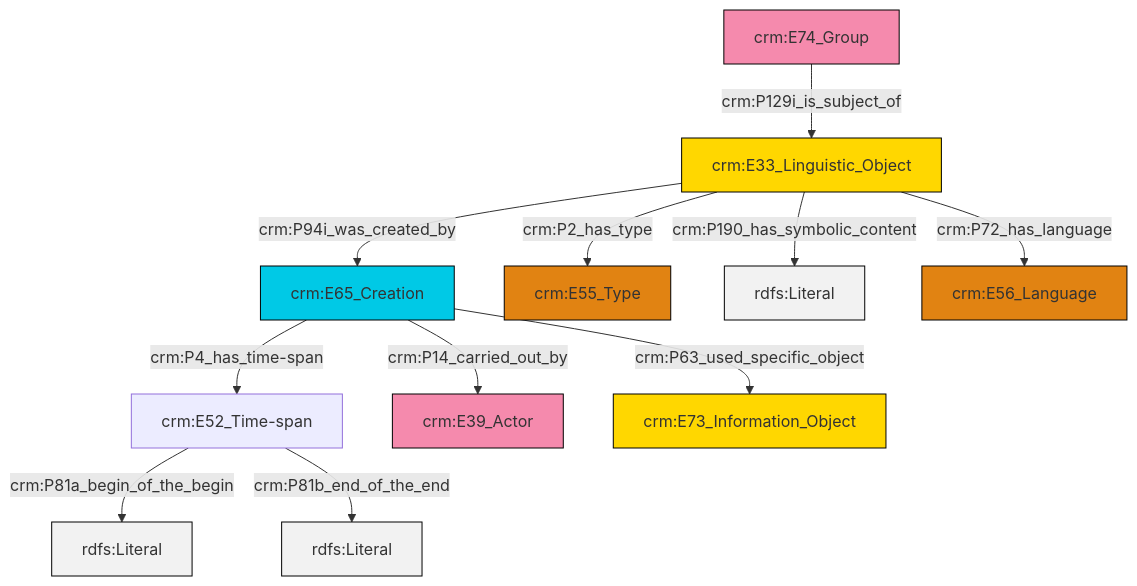
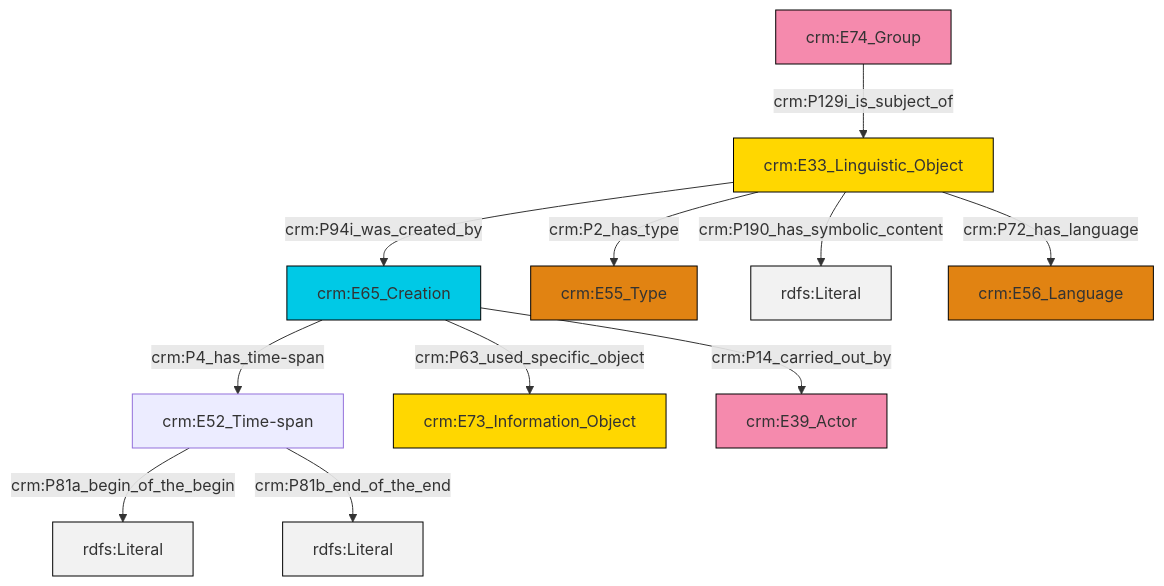
One commit to swiss-art-research-net/docs.swissartresearch changed the diagram in et/groupCSV/ttl/mmd/group_description.ttl.mmd. Above: the diagram before and after it, drawn with Mermaid. The commit also changed 176 other files, not shown here.

```diff
--- a/et/groupCSV/ttl/mmd/group_description.ttl.mmd
+++ b/et/groupCSV/ttl/mmd/group_description.ttl.mmd
@@ -1,25 +1,25 @@
 graph TD
 classDef Literal fill:#f2f2f2,stroke:#000000;
 classDef CRM_Entity fill:#FFFFFF,stroke:#000000;
 classDef Temporal_Entity fill:#00C9E6, stroke:#000000;
 classDef Type fill:#E18312, stroke:#000000;
 classDef Time-Span fill:#2C9C91, stroke:#000000;
 classDef Appellation fill:#FFEB7F, stroke:#000000;
 classDef Place fill:#008836, stroke:#000000;
 classDef Persistent_Item fill:#B266B2, stroke:#000000;
 classDef Conceptual_Object fill:#FFD700, stroke:#000000;
 classDef Physical_Thing fill:#D2B48C, stroke:#000000;
 classDef Actor fill:#f58aad, stroke:#000000;
 classDef PC_Classes fill:#4ce600, stroke:#000000;
 classDef Multi fill:#cccccc,stroke:#000000;
 
-0["crm:E33_Linguistic_Object"]:::Conceptual_Object -->|crm:P94i_was_created_by| 1["crm:E65_Creation"]:::Temporal_Entity
-1["crm:E65_Creation"]:::Temporal_Entity -->|crm:P4_has_time-span| 2["crm:E52_Time-span"]:::Default
-0["crm:E33_Linguistic_Object"]:::Conceptual_Object -->|crm:P2_has_type| 3["crm:E55_Type"]:::Type
-0["crm:E33_Linguistic_Object"]:::Conceptual_Object -->|crm:P190_has_symbolic_content| 6[rdfs:Literal]:::Literal
-9["crm:E74_Group"]:::Actor -->|crm:P129i_is_subject_of| 0["crm:E33_Linguistic_Object"]:::Conceptual_Object
-1["crm:E65_Creation"]:::Temporal_Entity -->|crm:P14_carried_out_by| 4["crm:E39_Actor"]:::Actor
-1["crm:E65_Creation"]:::Temporal_Entity -->|crm:P63_used_specific_object| 7["crm:E73_Information_Object"]:::Conceptual_Object
-2["crm:E52_Time-span"]:::Default -->|crm:P81a_begin_of_the_begin| 15[rdfs:Literal]:::Literal
-2["crm:E52_Time-span"]:::Default -->|crm:P81b_end_of_the_end| 17[rdfs:Literal]:::Literal
-0["crm:E33_Linguistic_Object"]:::Conceptual_Object -->|crm:P72_has_language| 10["crm:E56_Language"]:::Type
+0["crm:E52_Time-span"]:::Default -->|crm:P81a_begin_of_the_begin| 1[rdfs:Literal]:::Literal
+2["crm:E33_Linguistic_Object"]:::Conceptual_Object -->|crm:P94i_was_created_by| 3["crm:E65_Creation"]:::Temporal_Entity
+3["crm:E65_Creation"]:::Temporal_Entity -->|crm:P63_used_specific_object| 7["crm:E73_Information_Object"]:::Conceptual_Object
+3["crm:E65_Creation"]:::Temporal_Entity -->|crm:P14_carried_out_by| 9["crm:E39_Actor"]:::Actor
+2["crm:E33_Linguistic_Object"]:::Conceptual_Object -->|crm:P190_has_symbolic_content| 11[rdfs:Literal]:::Literal
+12["crm:E74_Group"]:::Actor -->|crm:P129i_is_subject_of| 2["crm:E33_Linguistic_Object"]:::Conceptual_Object
+2["crm:E33_Linguistic_Object"]:::Conceptual_Object -->|crm:P2_has_type| 5["crm:E55_Type"]:::Type
+3["crm:E65_Creation"]:::Temporal_Entity -->|crm:P4_has_time-span| 0["crm:E52_Time-span"]:::Default
+2["crm:E33_Linguistic_Object"]:::Conceptual_Object -->|crm:P72_has_language| 13["crm:E56_Language"]:::Type
+0["crm:E52_Time-span"]:::Default -->|crm:P81b_end_of_the_end| 14[rdfs:Literal]:::Literal
```
